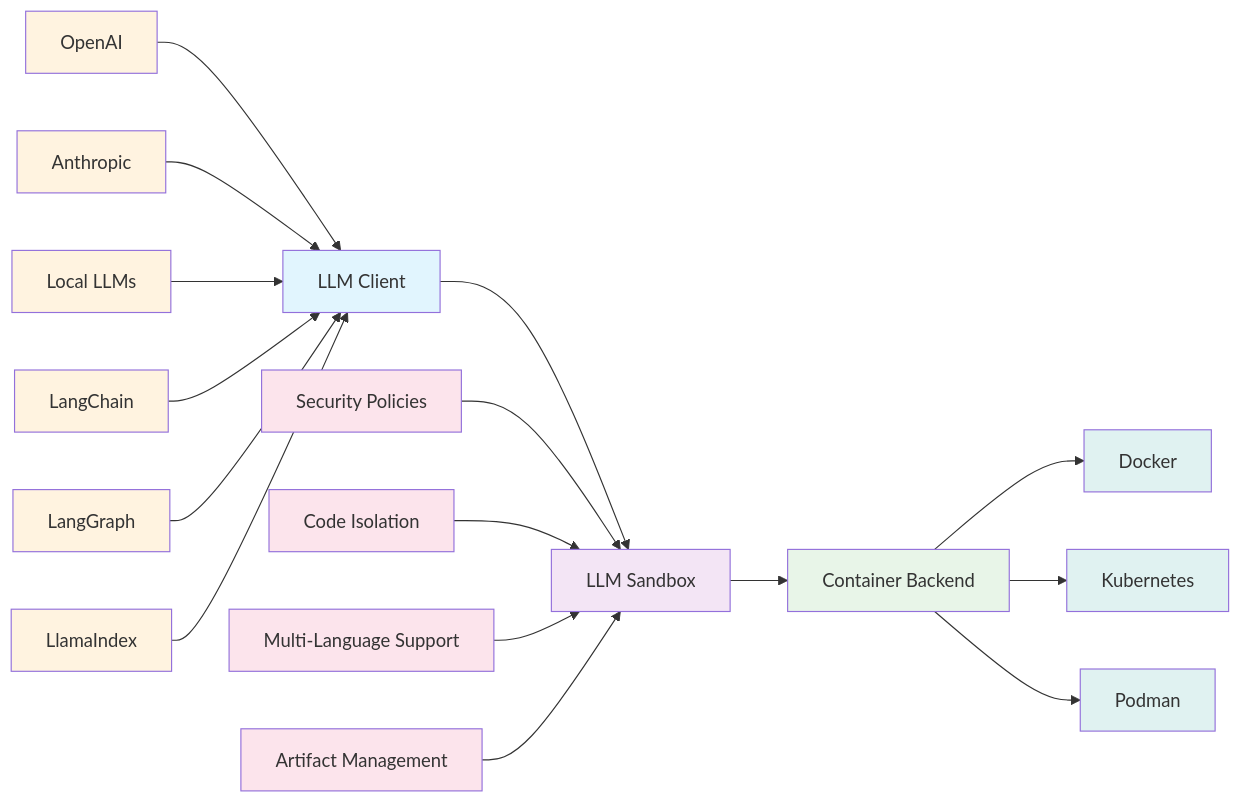
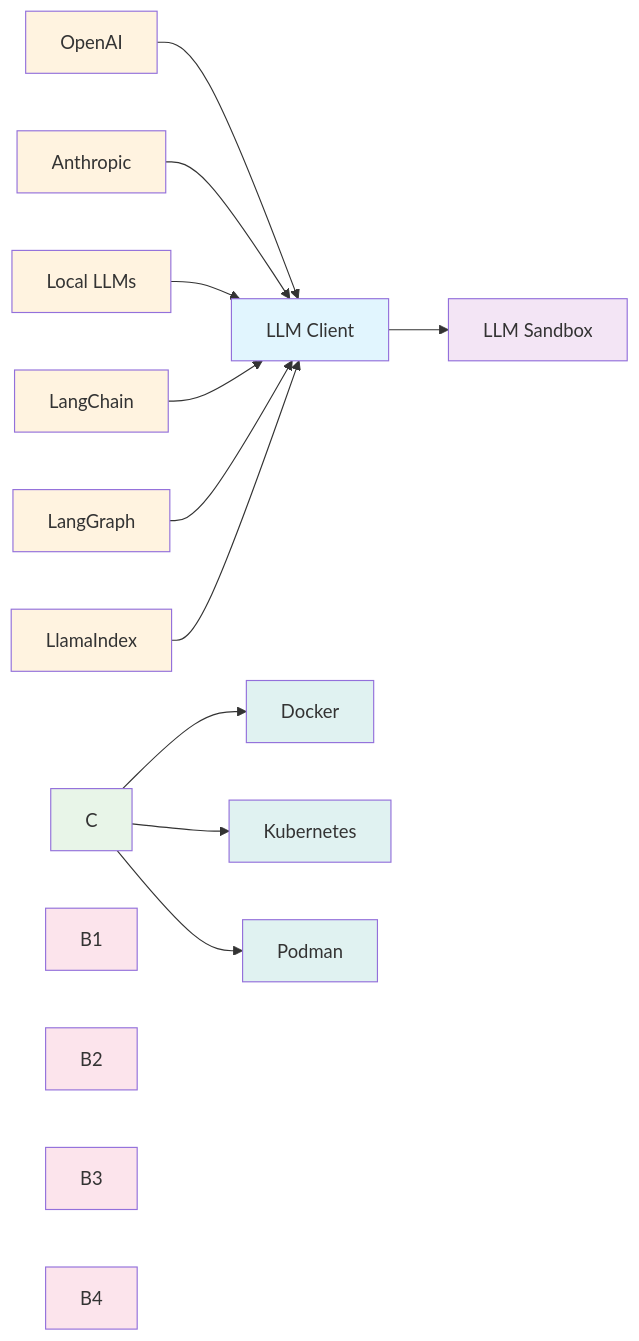
Before and after one commit to vndee/llm-sandbox: the diagram in README.md, drawn with Mermaid. The commit also changed other lines of this file, not shown here.

Commit message:
docs: update architecture section in README.md with improved formatting and remove redundant elements

````diff
--- a/README.md
+++ b/README.md
@@ -378,38 +378,32 @@
 ```mermaid
 graph LR
     A[LLM Client] --> B[LLM Sandbox]
-    B --> C[Container Backend]
 
     A1[OpenAI] --> A
     A2[Anthropic] --> A
     A3[Local LLMs] --> A
     A4[LangChain] --> A
     A5[LangGraph] --> A
     A6[LlamaIndex] --> A
-
-    B1[Security Policies] --> B
-    B2[Code Isolation] --> B
-    B3[Multi-Language Support] --> B
-    B4[Artifact Management] --> B
 
     C --> C1[Docker]
     C --> C2[Kubernetes]
     C --> C3[Podman]
 
     style A fill:#e1f5fe
     style B fill:#f3e5f5
     style C fill:#e8f5e8
     style A1 fill:#fff3e0
     style A2 fill:#fff3e0
     style A3 fill:#fff3e0
     style A4 fill:#fff3e0
     style A5 fill:#fff3e0
     style A6 fill:#fff3e0
     style B1 fill:#fce4ec
     style B2 fill:#fce4ec
     style B3 fill:#fce4ec
     style B4 fill:#fce4ec
     style C1 fill:#e0f2f1
     style C2 fill:#e0f2f1
     style C3 fill:#e0f2f1
 ```
````
